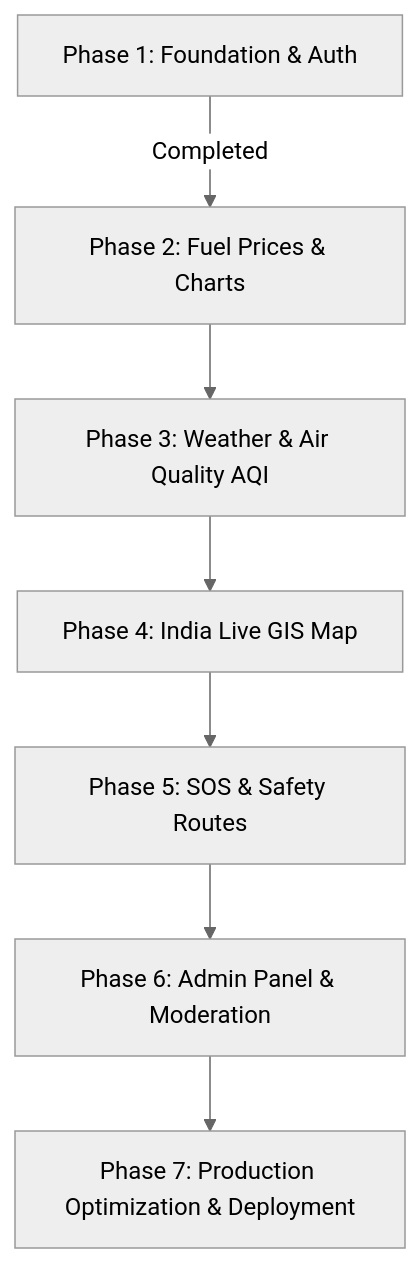
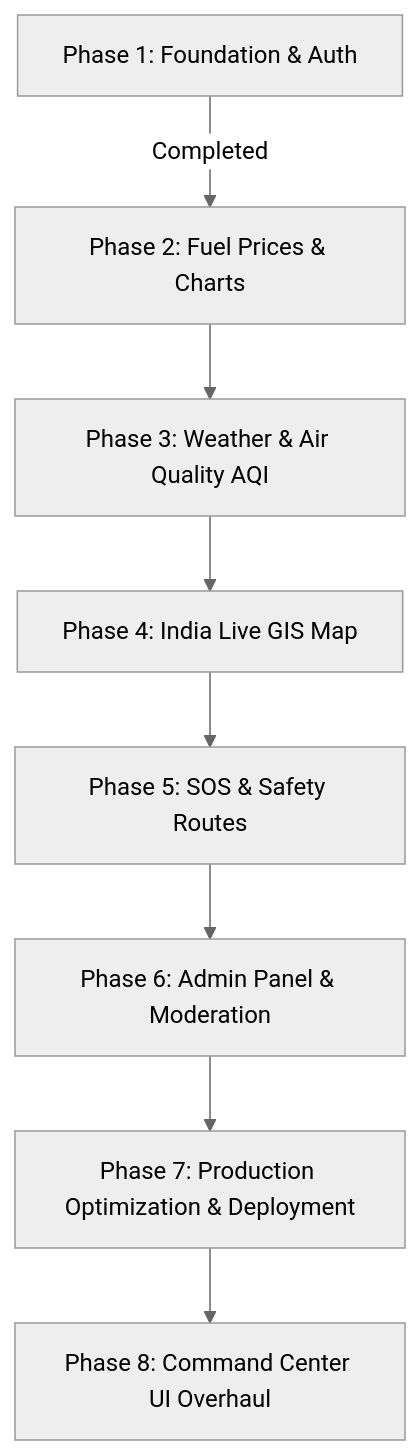
Before and after one commit to sanjaikumarkaleeswaran/India_Live_Monitor: the diagram in README.md, drawn with Mermaid (neutral theme). The commit also changed other lines of this file, not shown here.

Commit message:
Docs: Update README with Phase 8 Command Center UI Overhaul details

````diff
--- a/README.md
+++ b/README.md
@@ -113,9 +119,10 @@
 ```mermaid
 graph TD
   P1[Phase 1: Foundation & Auth] -->|Completed| P2[Phase 2: Fuel Prices & Charts]
   P2 --> P3[Phase 3: Weather & Air Quality AQI]
   P3 --> P4[Phase 4: India Live GIS Map]
   P4 --> P5[Phase 5: SOS & Safety Routes]
   P5 --> P6[Phase 6: Admin Panel & Moderation]
   P6 --> P7[Phase 7: Production Optimization & Deployment]
+  P7 --> P8[Phase 8: Command Center UI Overhaul]
 ```
````
